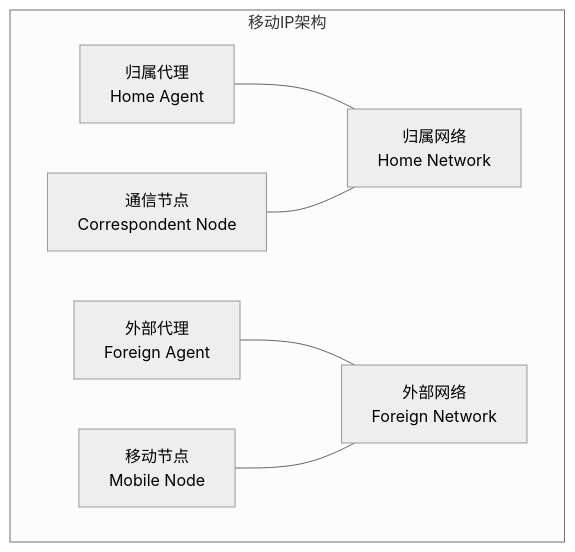
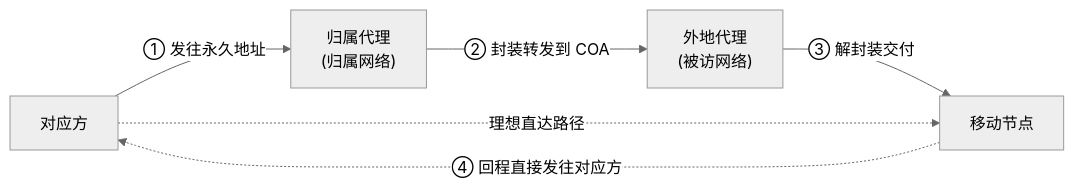
One commit to Dtheme/CS-base changed the second of 3 diagrams in 计算机网络/7.5无线网络：移动性管理.md. Above: the diagram before and after it, drawn with Mermaid (neutral theme). The commit also changed other lines of this file and 51 other files, not shown here.

````diff
--- a/计算机网络/7.5无线网络：移动性管理.md
+++ b/计算机网络/7.5无线网络：移动性管理.md
@@ -481,17 +80,8 @@
 ```mermaid
-graph TB
-    subgraph "移动IP架构"
-        MN["移动节点<br/>Mobile Node"]
-        HA["归属代理<br/>Home Agent"]
-        FA["外部代理<br/>Foreign Agent"]
-        CN["通信节点<br/>Correspondent Node"]
-        
-        Home["归属网络<br/>Home Network"]
-        Foreign["外部网络<br/>Foreign Network"]
-        
-        HA --- Home
-        FA --- Foreign
-        MN --- Foreign
-        CN --- Home
-    end
+graph LR
+    CN["对应方"] -->|① 发往永久地址| HA["归属代理<br/>(归属网络)"]
+    HA -->|② 封装转发到 COA| FA["外地代理<br/>(被访网络)"]
+    FA -->|③ 解封装交付| MN["移动节点"]
+    MN -.->|④ 回程直接发往对应方| CN
+    CN -.->|理想直达路径| MN
 ```
````
